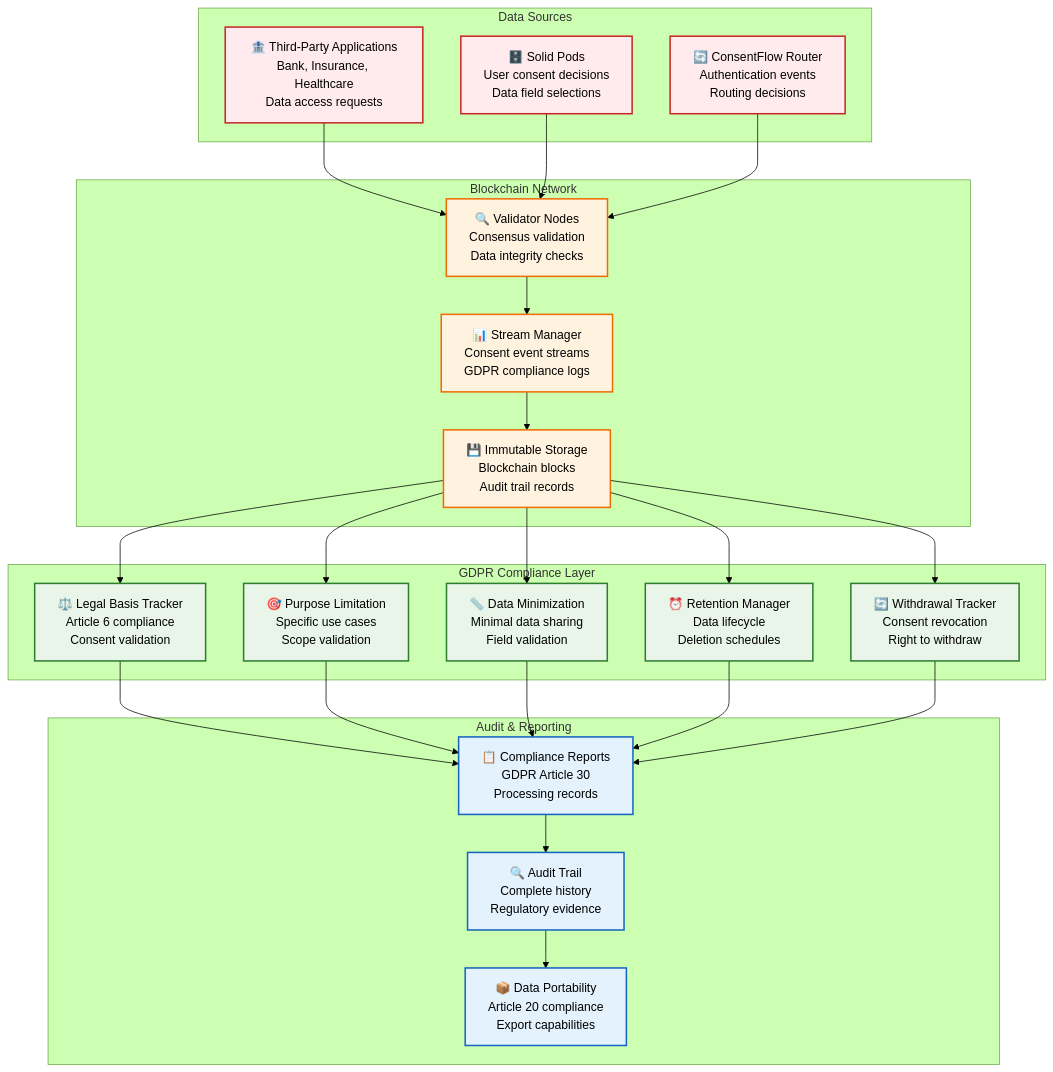
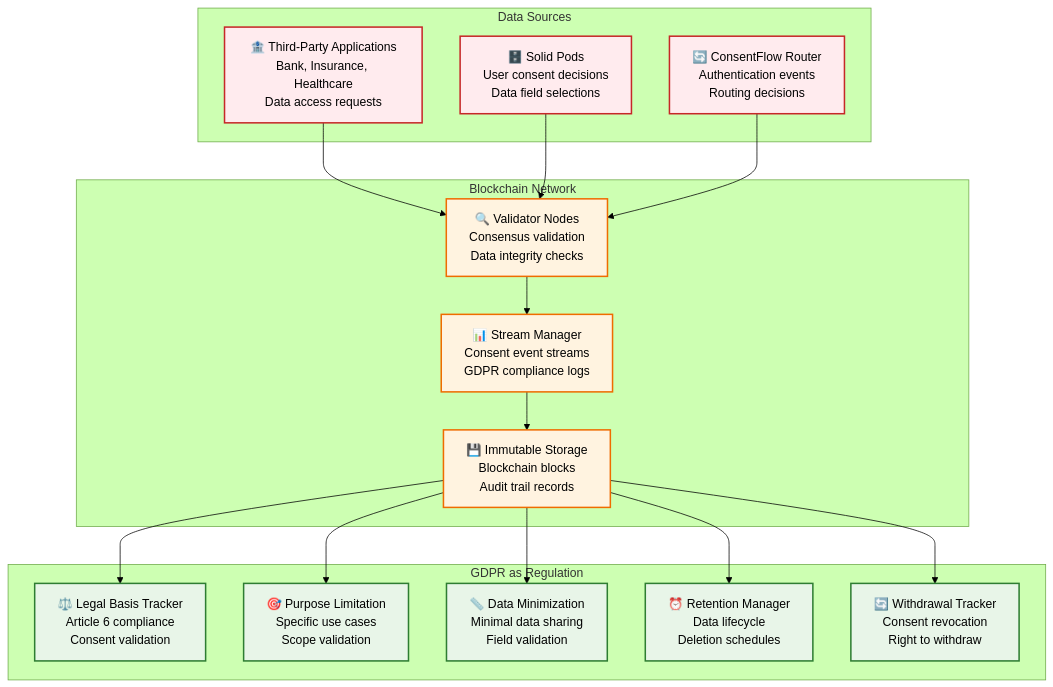
Before and after one commit to kobivan92/digital_consent: diagram 12 of 18 in README.md, drawn with Mermaid (forest theme). The commit also changed other lines of this file, not shown here.

First line of the commit message:
Refactor GDPR compliance section in README.md for clarity and accuracy

````diff
--- a/README.md
+++ b/README.md
@@ -427,64 +427,46 @@
 ```mermaid
 graph TB
     subgraph "Data Sources"
         ThirdPartyApps[🏦 Third-Party Applications<br/>Bank, Insurance, Healthcare<br/>Data access requests]
         SolidPods[🗄️ Solid Pods<br/>User consent decisions<br/>Data field selections]
         ConsentFlow[🔄 ConsentFlow Router<br/>Authentication events<br/>Routing decisions]
     end
     
     subgraph "Blockchain Network"
         ValidatorNodes[🔍 Validator Nodes<br/>Consensus validation<br/>Data integrity checks]
         StreamManager[📊 Stream Manager<br/>Consent event streams<br/>GDPR compliance logs]
         StorageLayer[💾 Immutable Storage<br/>Blockchain blocks<br/>Audit trail records]
     end
     
-    subgraph "GDPR Compliance Layer"
+    subgraph "GDPR as Regulation"
         LegalBasisTracker[⚖️ Legal Basis Tracker<br/>Article 6 compliance<br/>Consent validation]
         PurposeLimitation[🎯 Purpose Limitation<br/>Specific use cases<br/>Scope validation]
         DataMinimization[📏 Data Minimization<br/>Minimal data sharing<br/>Field validation]
         RetentionManager[⏰ Retention Manager<br/>Data lifecycle<br/>Deletion schedules]
         WithdrawalTracker[🔄 Withdrawal Tracker<br/>Consent revocation<br/>Right to withdraw]
-    end
-    
-    subgraph "Audit & Reporting"
-        ComplianceReports[📋 Compliance Reports<br/>GDPR Article 30<br/>Processing records]
-        AuditTrail[🔍 Audit Trail<br/>Complete history<br/>Regulatory evidence]
-        DataPortability[📦 Data Portability<br/>Article 20 compliance<br/>Export capabilities]
     end
     
     %% Data flow from sources to blockchain
     ThirdPartyApps --> ValidatorNodes
     SolidPods --> ValidatorNodes
     ConsentFlow --> ValidatorNodes
     
     %% Blockchain processing
     ValidatorNodes --> StreamManager
     StreamManager --> StorageLayer
     
     %% GDPR compliance processing
     StorageLayer --> LegalBasisTracker
     StorageLayer --> PurposeLimitation
     StorageLayer --> DataMinimization
     StorageLayer --> RetentionManager
     StorageLayer --> WithdrawalTracker
     
-    %% Audit and reporting
-    LegalBasisTracker --> ComplianceReports
-    PurposeLimitation --> ComplianceReports
-    DataMinimization --> ComplianceReports
-    RetentionManager --> ComplianceReports
-    WithdrawalTracker --> ComplianceReports
-    
-    ComplianceReports --> AuditTrail
-    AuditTrail --> DataPortability
-    
     classDef sources fill:#ffebee,stroke:#c62828,stroke-width:2px
     classDef blockchain fill:#fff3e0,stroke:#ef6c00,stroke-width:2px
     classDef gdpr fill:#e8f5e8,stroke:#2e7d32,stroke-width:2px
-    classDef audit fill:#e3f2fd,stroke:#1565c0,stroke-width:2px
     
     class ThirdPartyApps,SolidPods,ConsentFlow sources
     class ValidatorNodes,StreamManager,StorageLayer blockchain
     class LegalBasisTracker,PurposeLimitation,DataMinimization,RetentionManager,WithdrawalTracker gdpr
-    class ComplianceReports,AuditTrail,DataPortability audit
 ```
````
